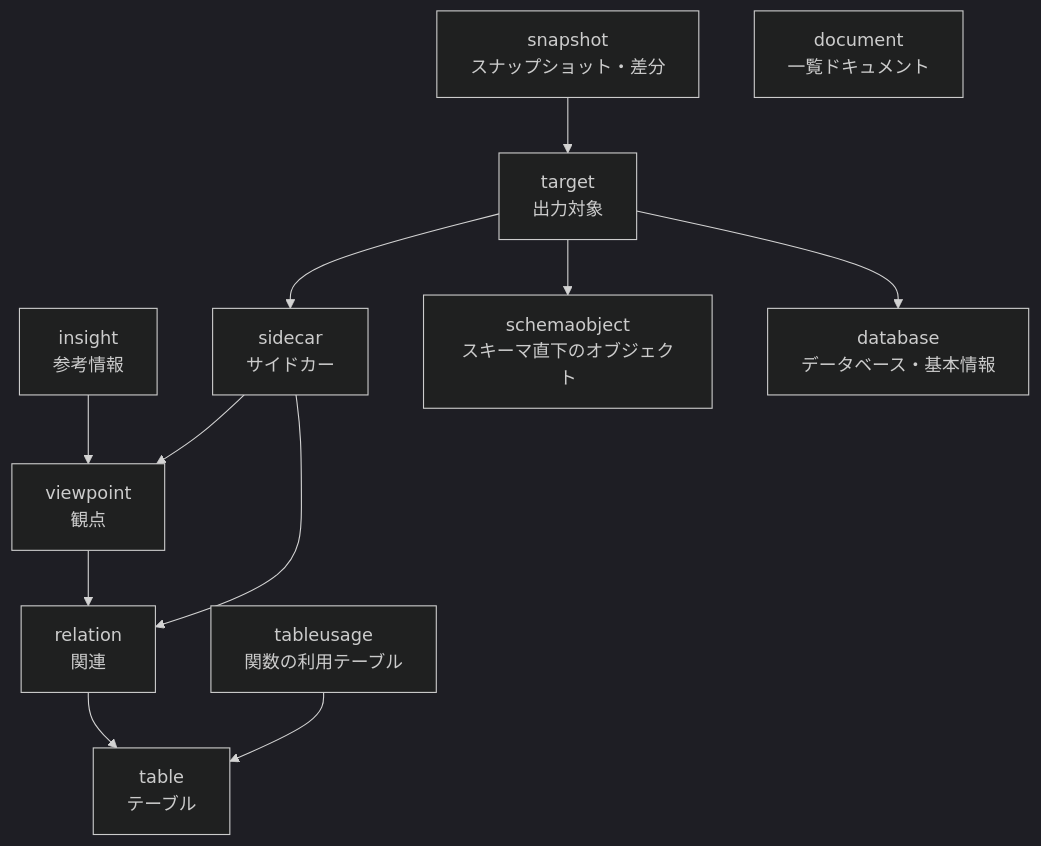
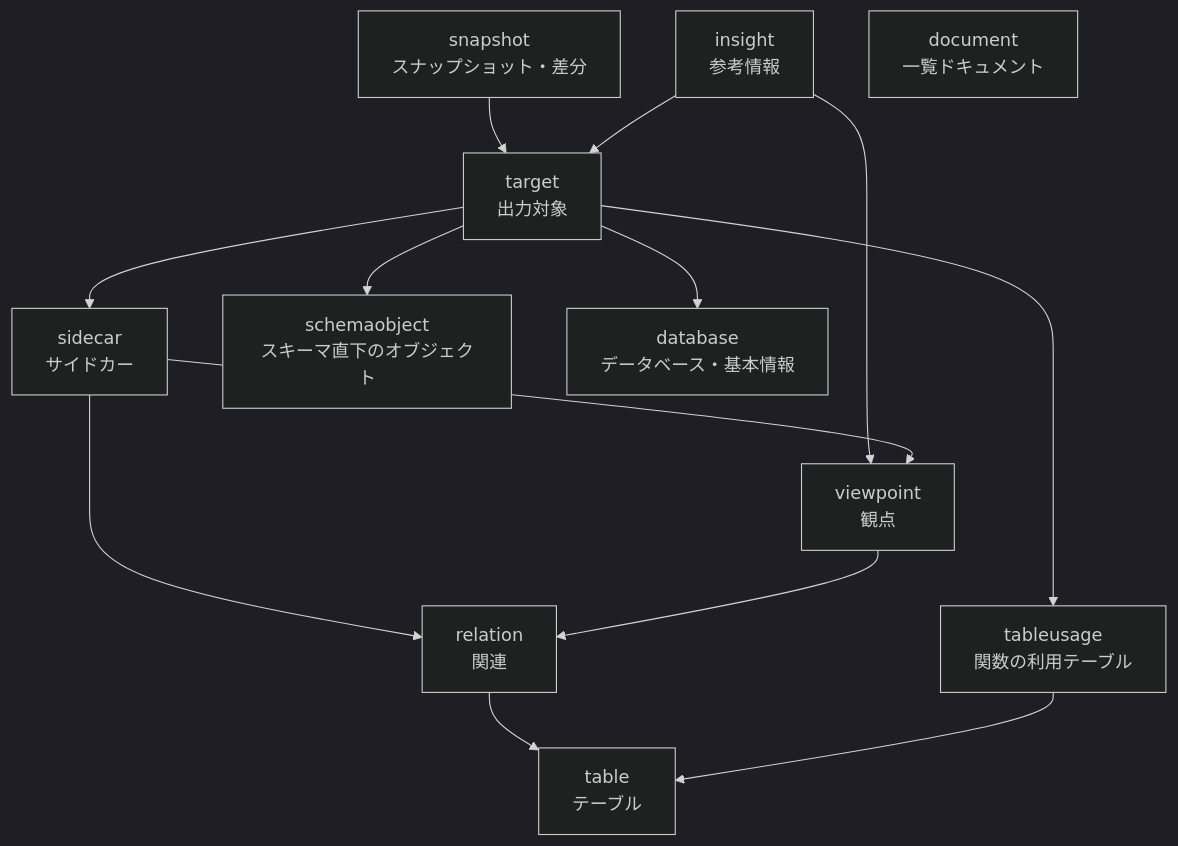
The first of 5 diagrams in docs/architecture/domain-model.md (ebichan88/exportTableDefinition), drawn with Mermaid (dark theme) before and after one commit. The commit also changed other lines of this file and 42 other files, not shown here.

````diff
--- a/docs/architecture/domain-model.md
+++ b/docs/architecture/domain-model.md
@@ -25,25 +25,27 @@
 ```mermaid
 flowchart TB
   snapshot["snapshot<br/>スナップショット・差分"]
   insight["insight<br/>参考情報"]
   target["target<br/>出力対象"]
   sidecar["sidecar<br/>サイドカー"]
   viewpoint["viewpoint<br/>観点"]
   relation["relation<br/>関連"]
   table["table<br/>テーブル"]
   schemaobject["schemaobject<br/>スキーマ直下のオブジェクト"]
   database["database<br/>データベース・基本情報"]
   document["document<br/>一覧ドキュメント"]
   tableusage["tableusage<br/>関数の利用テーブル"]
 
   snapshot --> target
   insight --> viewpoint
+  insight --> target
   target --> sidecar
   target --> schemaobject
   target --> database
+  target --> tableusage
   sidecar --> viewpoint
   sidecar --> relation
   viewpoint --> relation
   relation --> table
   tableusage --> table
 ```
````
